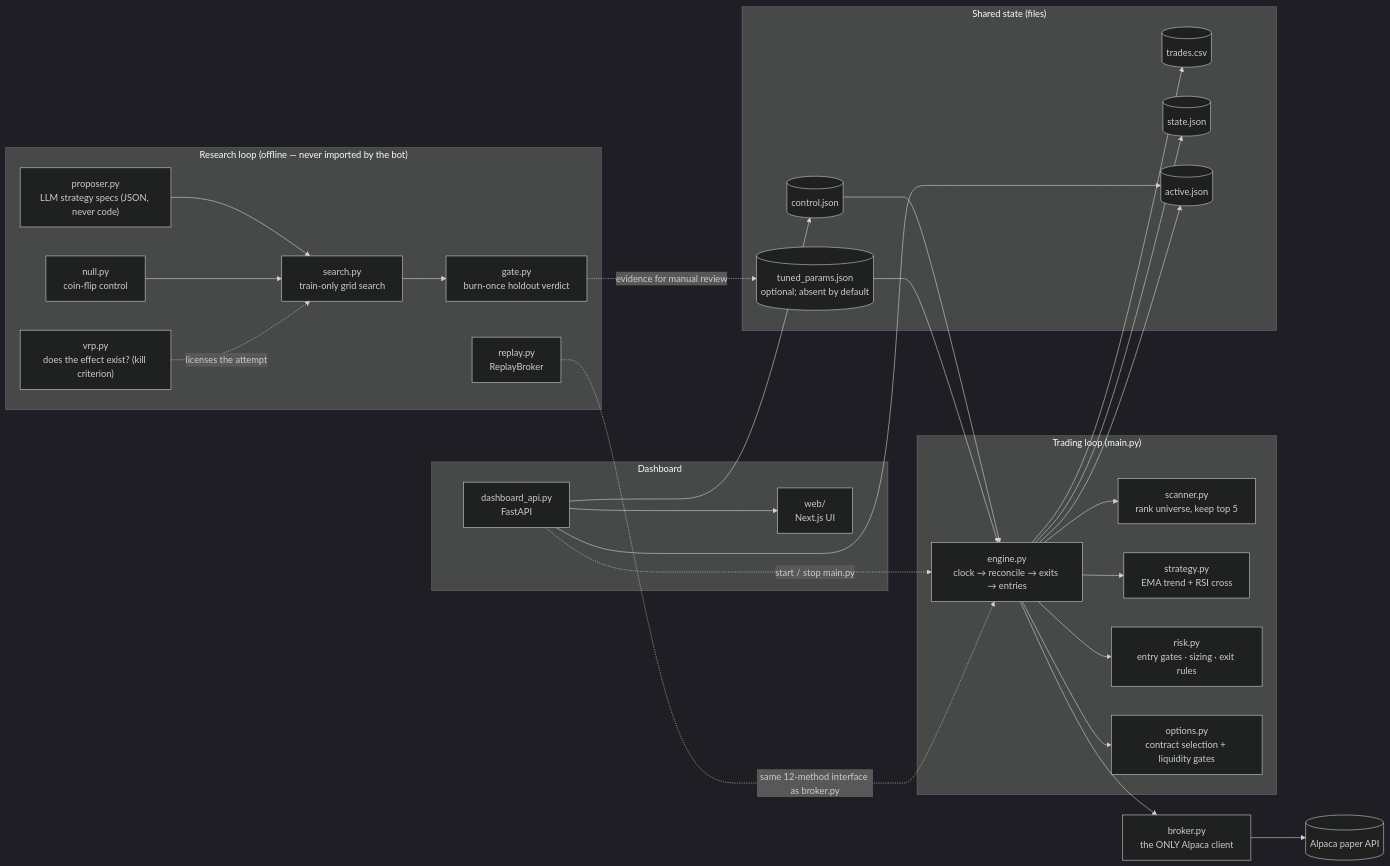
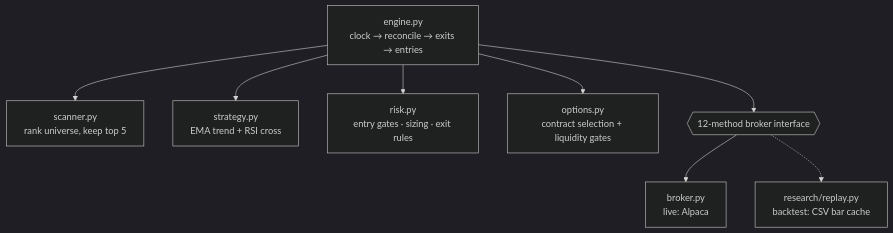
Before and after one commit to Manideep728/options-research-harness: the second of 3 diagrams in README.md, drawn with Mermaid (dark theme). The commit also changed other lines of this file, not shown here.

Commit message:
Split architecture diagram into three views
The single diagram mixed process boundaries, the engine call graph and the research pipeline, and its edges crossed the whole canvas. It also understated what the dashboard touches: it reads all three state files and calls Alpaca through broker.py.

````diff
--- a/README.md
+++ b/README.md
@@ -105,52 +133,11 @@
 ```mermaid
-flowchart LR
-    subgraph loop["Trading loop (main.py)"]
-        engine["engine.py<br/>clock → reconcile → exits → entries"]
-        scanner["scanner.py<br/>rank universe, keep top 5"]
-        strategy["strategy.py<br/>EMA trend + RSI cross"]
-        risk["risk.py<br/>entry gates · sizing · exit rules"]
-        options["options.py<br/>contract selection + liquidity gates"]
-        engine --> scanner
-        engine --> strategy
-        engine --> risk
-        engine --> options
-    end
-
-    broker["broker.py<br/>the ONLY Alpaca client"]
-    alpaca[("Alpaca paper API")]
-    engine --> broker --> alpaca
-
-    subgraph state["Shared state (files)"]
-        journal[("trades.csv")]
-        day[("state.json")]
-        active[("active.json")]
-        control[("control.json")]
-        tuned[("tuned_params.json<br/>optional; absent by default")]
-    end
-    engine --> journal
-    engine --> day
-    engine --> active
-    control --> engine
-    tuned --> engine
-
-    subgraph dash["Dashboard"]
-        api["dashboard_api.py<br/>FastAPI"] --> web["web/<br/>Next.js UI"]
-    end
-    api --> active
-    api --> control
-    api -. "start / stop main.py" .-> engine
-
-    subgraph research["Research loop (offline — never imported by the bot)"]
-        vrpmod["vrp.py<br/>does the effect exist? (kill criterion)"]
-        search["search.py<br/>train-only grid search"]
-        nullmod["null.py<br/>coin-flip control"]
-        replaymod["replay.py<br/>ReplayBroker"]
-        gate["gate.py<br/>burn-once holdout verdict"]
-        proposer["proposer.py<br/>LLM strategy specs (JSON, never code)"]
-        proposer --> search --> gate
-        nullmod --> search
-        vrpmod -. "licenses the attempt" .-> search
-    end
-    replaymod -. "same 12-method interface as broker.py" .-> engine
-    gate -. "evidence for manual review" .-> tuned
+flowchart TD
+    engine["engine.py<br/>clock → reconcile → exits → entries"]
+    engine --> scanner["scanner.py<br/>rank universe, keep top 5"]
+    engine --> strategy["strategy.py<br/>EMA trend + RSI cross"]
+    engine --> risk["risk.py<br/>entry gates · sizing · exit rules"]
+    engine --> options["options.py<br/>contract selection + liquidity gates"]
+    engine --> iface{{"12-method broker interface"}}
+    iface --> broker["broker.py<br/>live: Alpaca"]
+    iface -.-> replay["research/replay.py<br/>backtest: CSV bar cache"]
 ```
````
